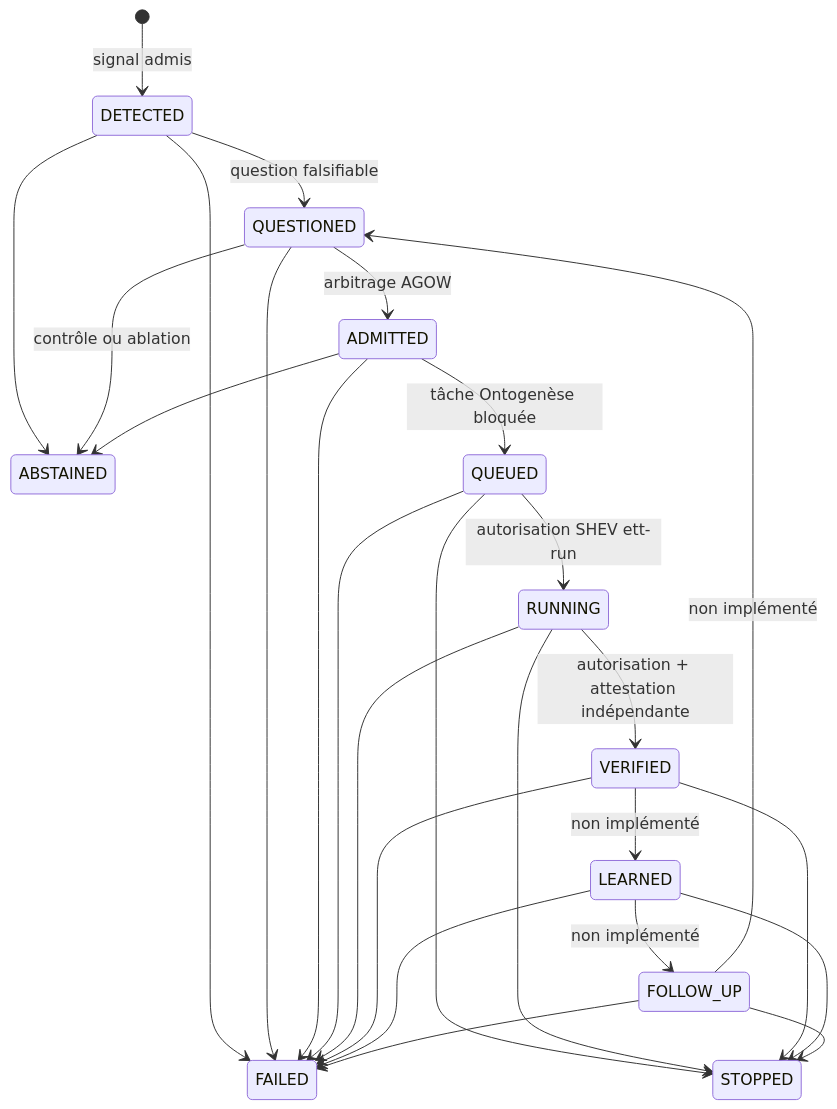
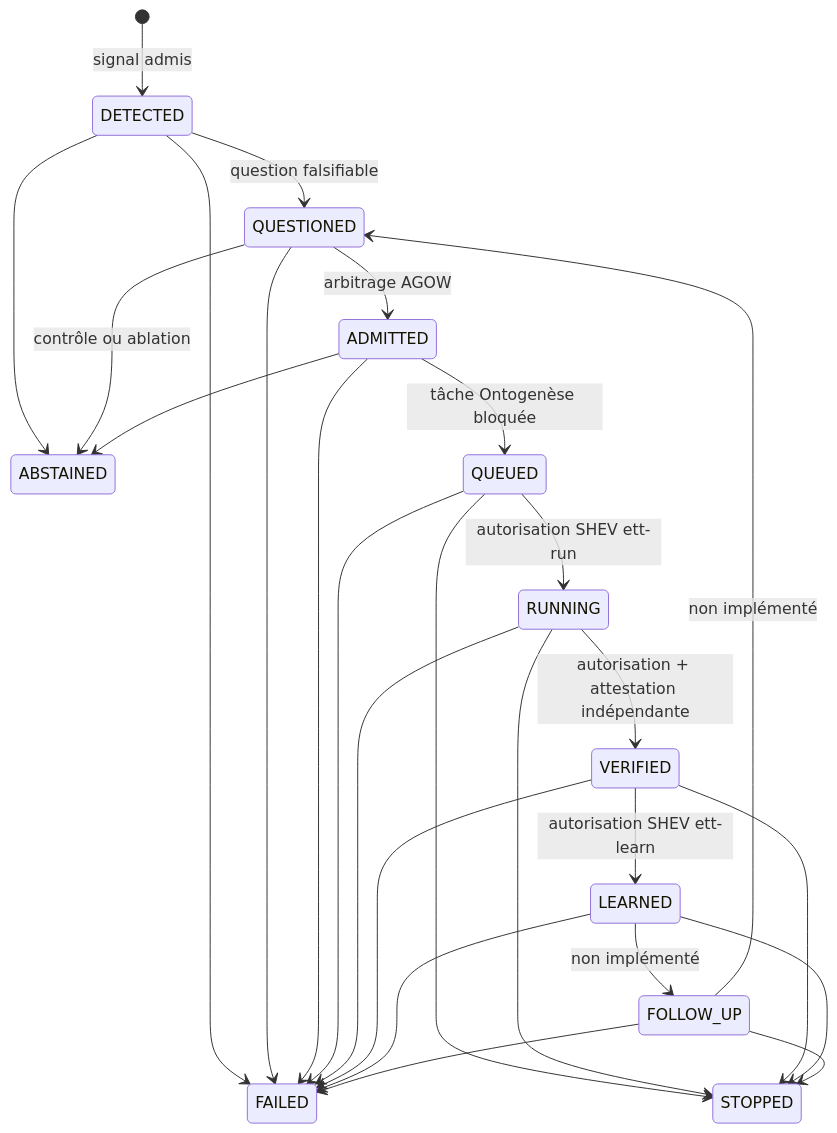
Before and after one commit to PISSARAW/GenOS: the diagram in docs/01-concepts/endogenous-thought-test.md, drawn with Mermaid. The commit also changed other lines of this file and 16 other files, not shown here.

````diff
--- a/docs/01-concepts/endogenous-thought-test.md
+++ b/docs/01-concepts/endogenous-thought-test.md
@@ -171,28 +184,28 @@
 ```mermaid
 stateDiagram-v2
     [*] --> DETECTED: signal admis
     DETECTED --> QUESTIONED: question falsifiable
     DETECTED --> ABSTAINED
     DETECTED --> FAILED
     QUESTIONED --> ADMITTED: arbitrage AGOW
     QUESTIONED --> ABSTAINED: contrôle ou ablation
     QUESTIONED --> FAILED
     ADMITTED --> QUEUED: tâche Ontogenèse bloquée
     ADMITTED --> ABSTAINED
     ADMITTED --> FAILED
     QUEUED --> RUNNING: autorisation SHEV ett-run
     QUEUED --> STOPPED
     QUEUED --> FAILED
     RUNNING --> VERIFIED: autorisation + attestation indépendante
     RUNNING --> STOPPED
     RUNNING --> FAILED
-    VERIFIED --> LEARNED: non implémenté
+    VERIFIED --> LEARNED: autorisation SHEV ett-learn
     VERIFIED --> STOPPED
     VERIFIED --> FAILED
     LEARNED --> FOLLOW_UP: non implémenté
     LEARNED --> STOPPED
     LEARNED --> FAILED
     FOLLOW_UP --> QUESTIONED: non implémenté
     FOLLOW_UP --> STOPPED
     FOLLOW_UP --> FAILED
 ```
````
